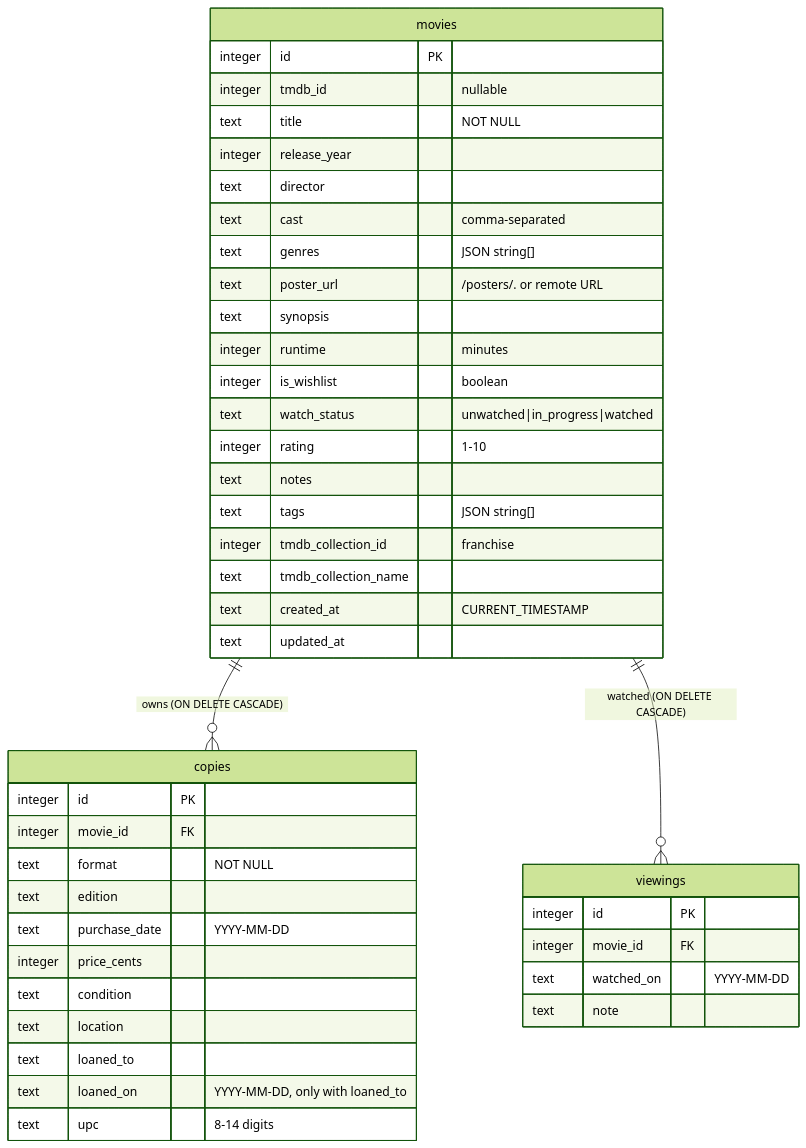
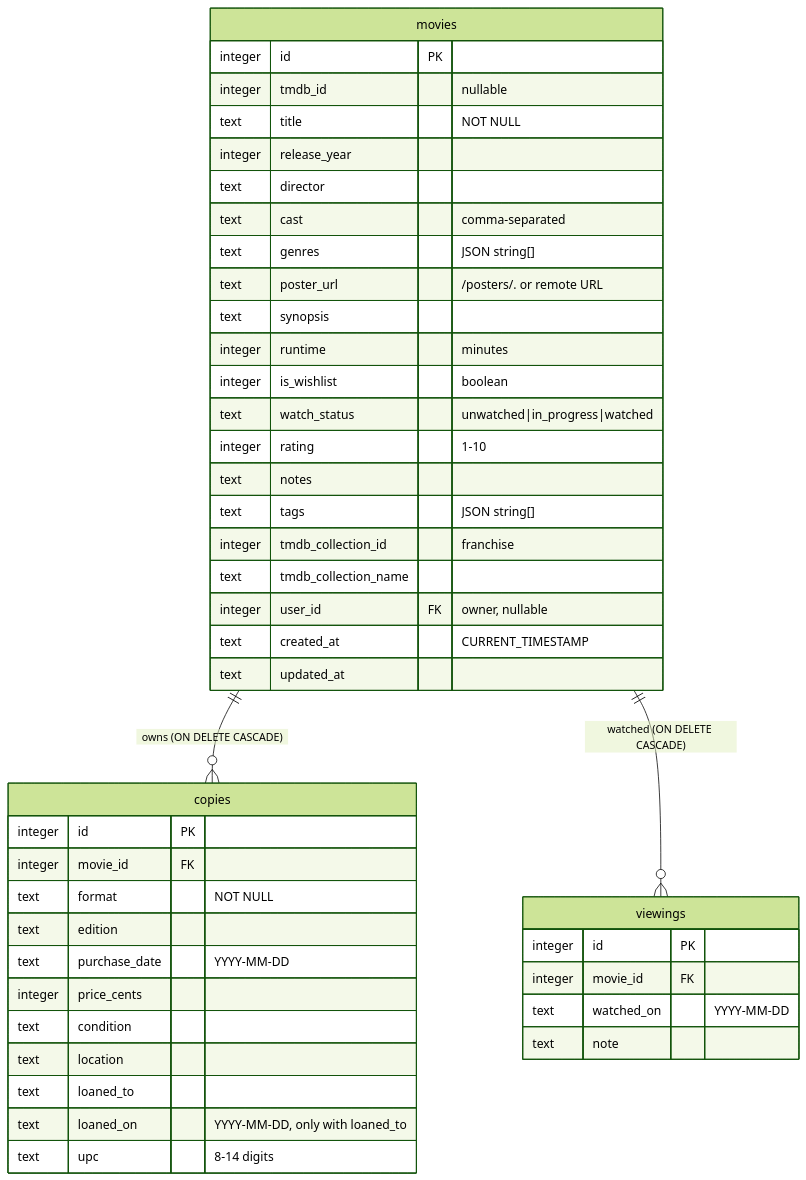
One commit to ameetj85/movie-tracker changed the second of 6 diagrams in docs/ARCHITECTURE.md. Above: the diagram before and after it, drawn with Mermaid (forest theme). The commit also changed other lines of this file and 37 other files, not shown here.

````diff
--- a/docs/ARCHITECTURE.md
+++ b/docs/ARCHITECTURE.md
@@ -230,46 +241,47 @@
 ```mermaid
 erDiagram
   movies ||--o{ copies : "owns (ON DELETE CASCADE)"
   movies ||--o{ viewings : "watched (ON DELETE CASCADE)"
 
   movies {
     integer id PK
     integer tmdb_id "nullable"
     text title "NOT NULL"
     integer release_year
     text director
     text cast "comma-separated"
     text genres "JSON string[]"
     text poster_url "/posters/<hash>.<ext> or remote URL"
     text synopsis
     integer runtime "minutes"
     integer is_wishlist "boolean"
     text watch_status "unwatched|in_progress|watched"
     integer rating "1-10"
     text notes
     text tags "JSON string[]"
     integer tmdb_collection_id "franchise"
     text tmdb_collection_name
+    integer user_id FK "owner, nullable"
     text created_at "CURRENT_TIMESTAMP"
     text updated_at
   }
   copies {
     integer id PK
     integer movie_id FK
     text format "NOT NULL"
     text edition
     text purchase_date "YYYY-MM-DD"
     integer price_cents
     text condition
     text location
     text loaned_to
     text loaned_on "YYYY-MM-DD, only with loaned_to"
     text upc "8-14 digits"
   }
   viewings {
     integer id PK
     integer movie_id FK
     text watched_on "YYYY-MM-DD"
     text note
   }
 ```
````
